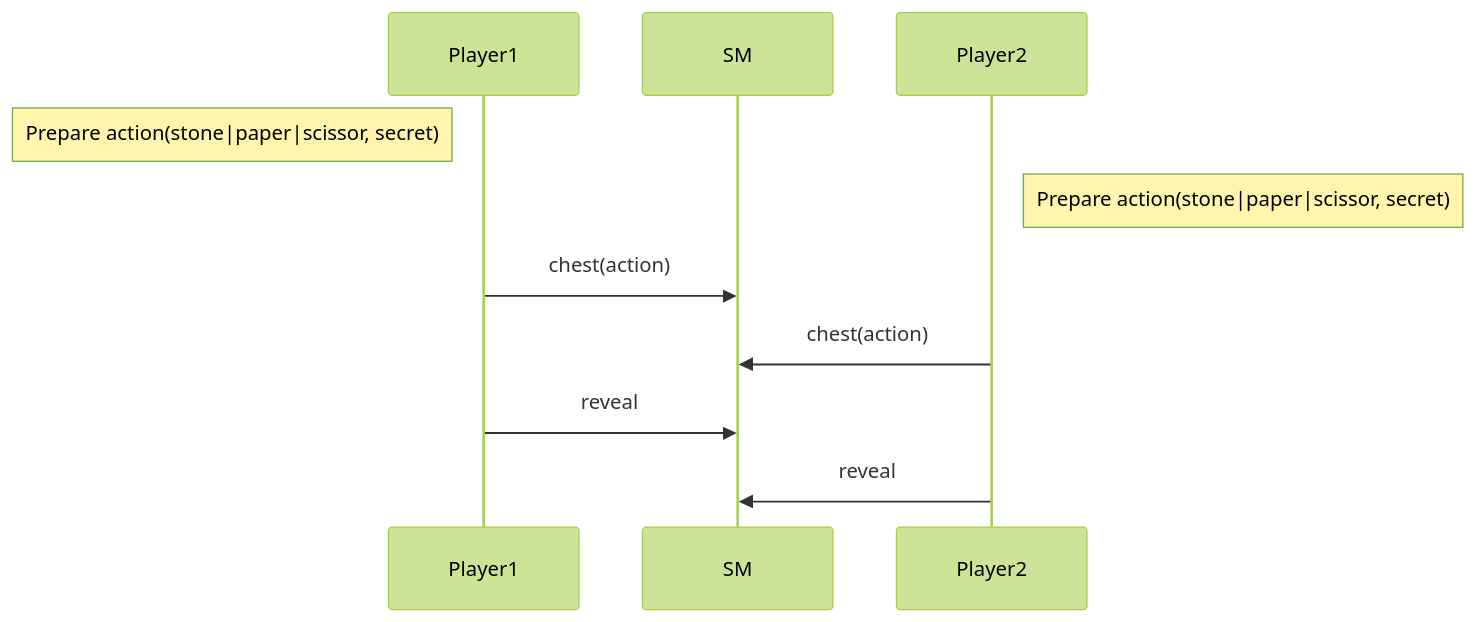
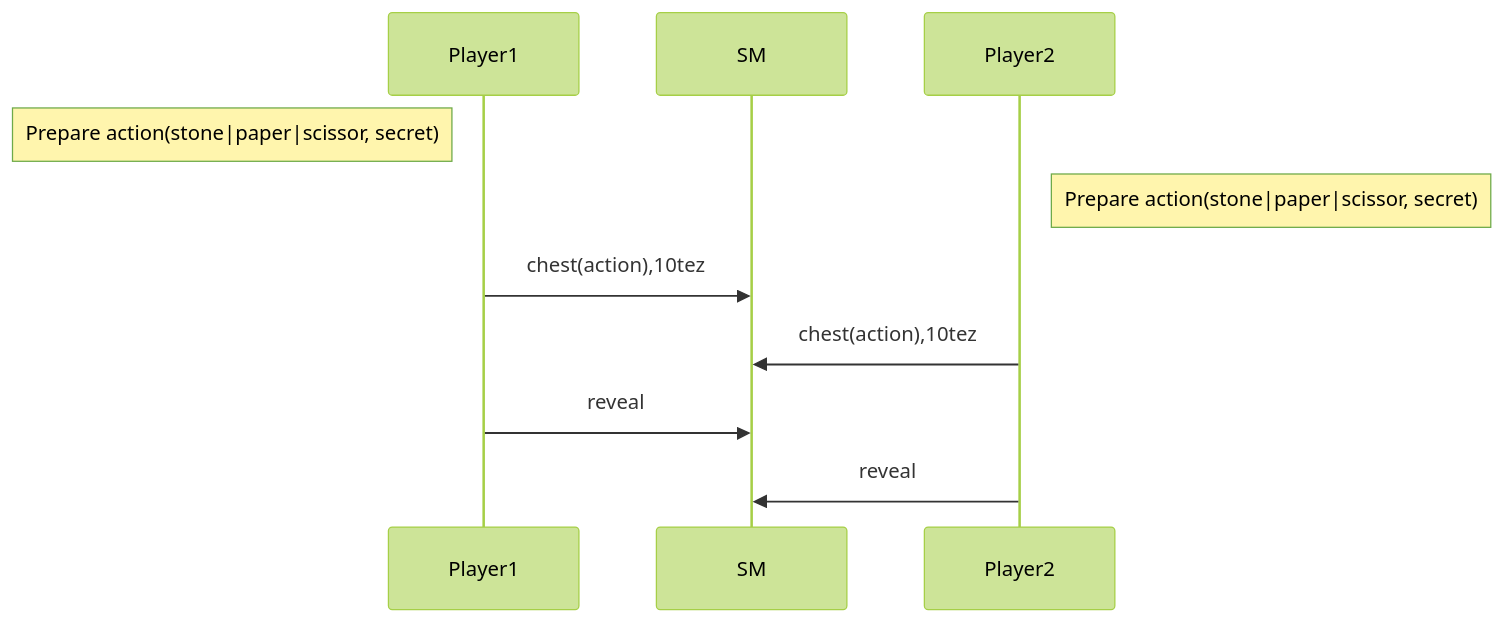
Before and after one commit to ligolang/jsligo-training-dapp-shifumi: the first of 6 diagrams in v3/README.md, drawn with Mermaid (forest theme). The commit also changed other lines of this file and 1 other file, not shown here.

````diff
--- a/v3/README.md
+++ b/v3/README.md
@@ -23,12 +18,12 @@
 ```mermaid
 sequenceDiagram
   participant Player1
   participant SM
   participant Player2
   Note left of Player1: Prepare action(stone|paper|scissor, secret)
   Note right of Player2: Prepare action(stone|paper|scissor, secret)
-  Player1->>SM: chest(action)
-  Player2->>SM: chest(action)
+  Player1->>SM: chest(action),10tez
+  Player2->>SM: chest(action),10tez
   Player1->>SM: reveal
   Player2->>SM: reveal
 ```
````
